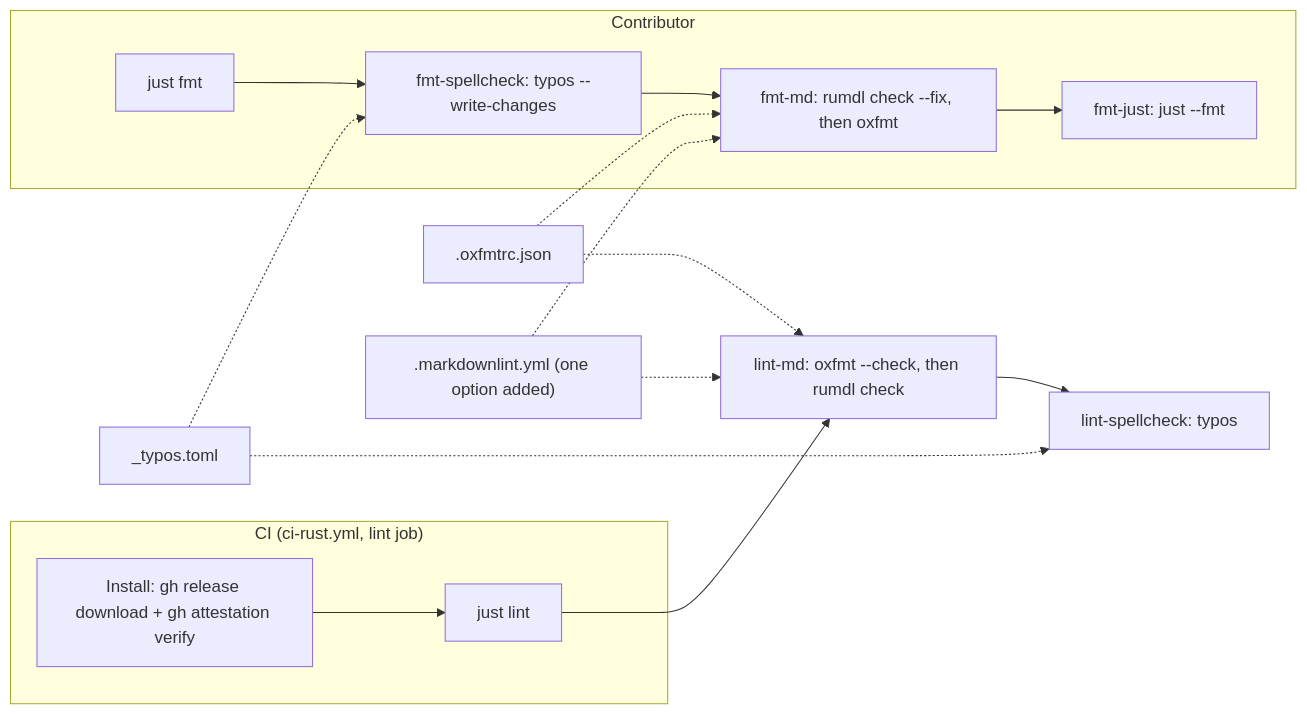
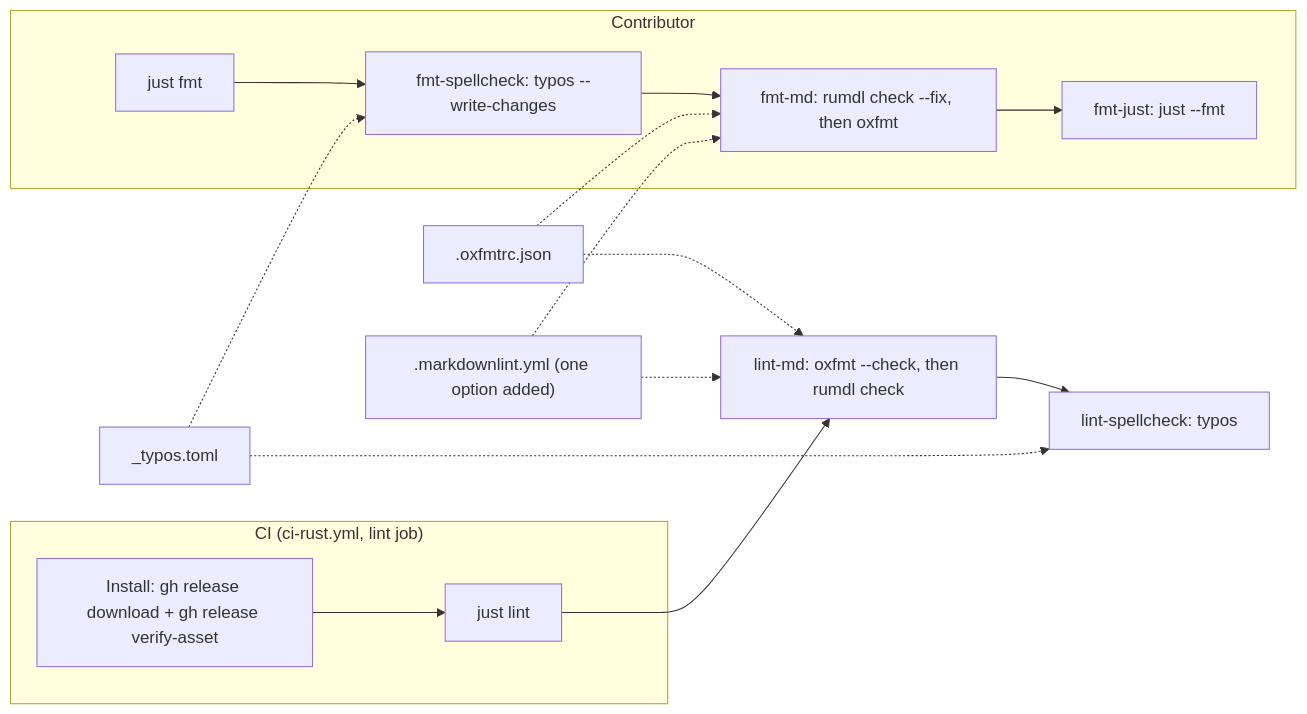
One commit to PeopleForBikes/bna-api changed the diagram in specs/0002-rust-tooling/design.md. Above: the diagram before and after it, drawn with Mermaid. The commit also changed other lines of this file and 4 other files, not shown here.

First line of the commit message:
Verify the CI tools against their GitHub release attestations

````diff
--- a/specs/0002-rust-tooling/design.md
+++ b/specs/0002-rust-tooling/design.md
@@ -28,19 +28,19 @@
 ```mermaid
 flowchart LR
   subgraph Contributor
     F["just fmt"] --> FS["fmt-spellcheck: typos --write-changes"]
     FS --> FM["fmt-md: rumdl check --fix, then oxfmt"]
     FM --> FJ["fmt-just: just --fmt"]
   end
   subgraph "CI (ci-rust.yml, lint job)"
-    I["Install: gh release download + gh attestation verify"] --> L
+    I["Install: gh release download + gh release verify-asset"] --> L
   end
   L["just lint"] --> LM["lint-md: oxfmt --check, then rumdl check"]
   LM --> LS["lint-spellcheck: typos"]
   C1[".oxfmtrc.json"] -.-> FM
   C1 -.-> LM
   C2[".markdownlint.yml (one option added)"] -.-> FM
   C2 -.-> LM
   C3["_typos.toml"] -.-> FS
   C3 -.-> LS
 ```
````
